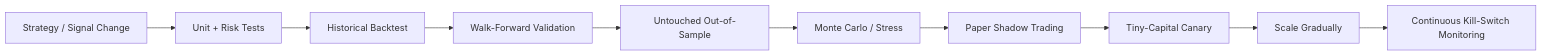
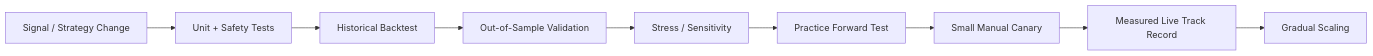
One commit to logeshv586-code/AITradra changed the fourth of 4 diagrams in README.md. Above: the diagram before and after it, drawn with Mermaid. The commit also changed other lines of this file, not shown here.

````diff
--- a/README.md
+++ b/README.md
@@ -193,12 +454,11 @@
 ```mermaid
 flowchart LR
-    A[Strategy / Signal Change] --> B[Unit + Risk Tests]
+    A[Signal / Strategy Change] --> B[Unit + Safety Tests]
     B --> C[Historical Backtest]
-    C --> D[Walk-Forward Validation]
-    D --> E[Untouched Out-of-Sample]
-    E --> F[Monte Carlo / Stress]
-    F --> G[Paper Shadow Trading]
-    G --> H[Tiny-Capital Canary]
-    H --> I[Scale Gradually]
-    I --> J[Continuous Kill-Switch Monitoring]
+    C --> D[Out-of-Sample Validation]
+    D --> E[Stress / Sensitivity]
+    E --> F[Practice Forward Test]
+    F --> G[Small Manual Canary]
+    G --> H[Measured Live Track Record]
+    H --> I[Gradual Scaling]
 ```
````
